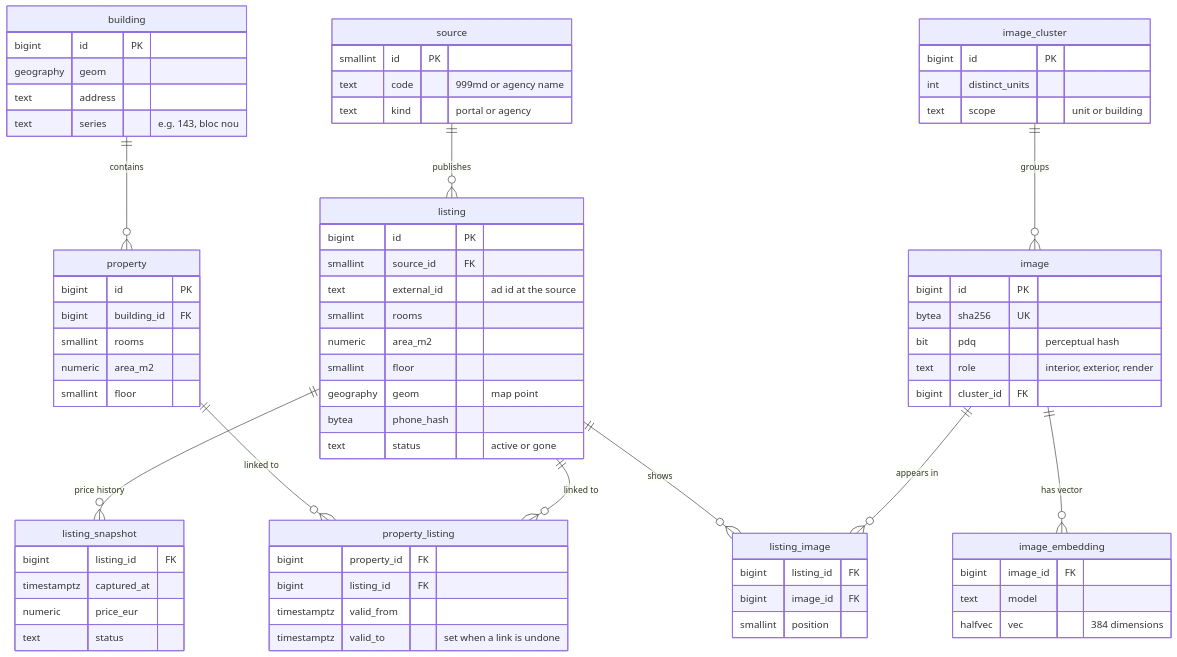
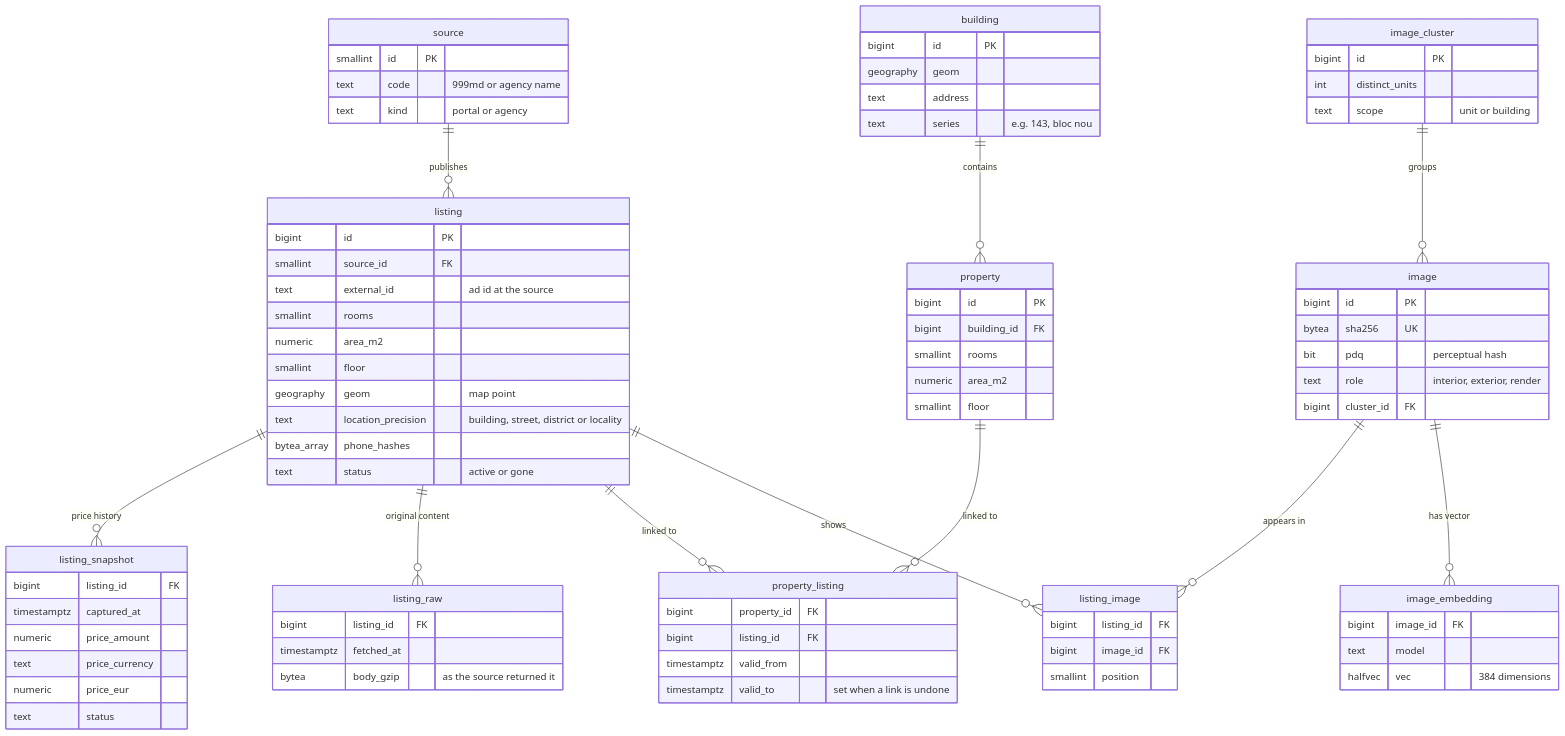
The diagram in database/README.md (mcittkmims/apartment-lens), drawn with Mermaid before and after one commit. The commit also changed other lines of this file and 1 other file, not shown here.

Commit message:
Describe the ingest tables as built and how to start the system

```diff
--- a/database/README.md
+++ b/database/README.md
@@ -8,6 +8,7 @@
 erDiagram
     source ||--o{ listing : publishes
     listing ||--o{ listing_snapshot : "price history"
+    listing ||--o{ listing_raw : "original content"
     building ||--o{ property : contains
     property ||--o{ property_listing : "linked to"
     listing ||--o{ property_listing : "linked to"
@@ -29,12 +30,20 @@
         numeric area_m2
         smallint floor
         geography geom "map point"
-        bytea phone_hash
+        text location_precision "building, street, district or locality"
+        bytea_array phone_hashes
         text status "active or gone"
+    }
+    listing_raw {
+        bigint listing_id FK
+        timestamptz fetched_at
+        bytea body_gzip "as the source returned it"
     }
     listing_snapshot {
         bigint listing_id FK
         timestamptz captured_at
+        numeric price_amount
+        text price_currency
         numeric price_eur
         text status
     }
```
